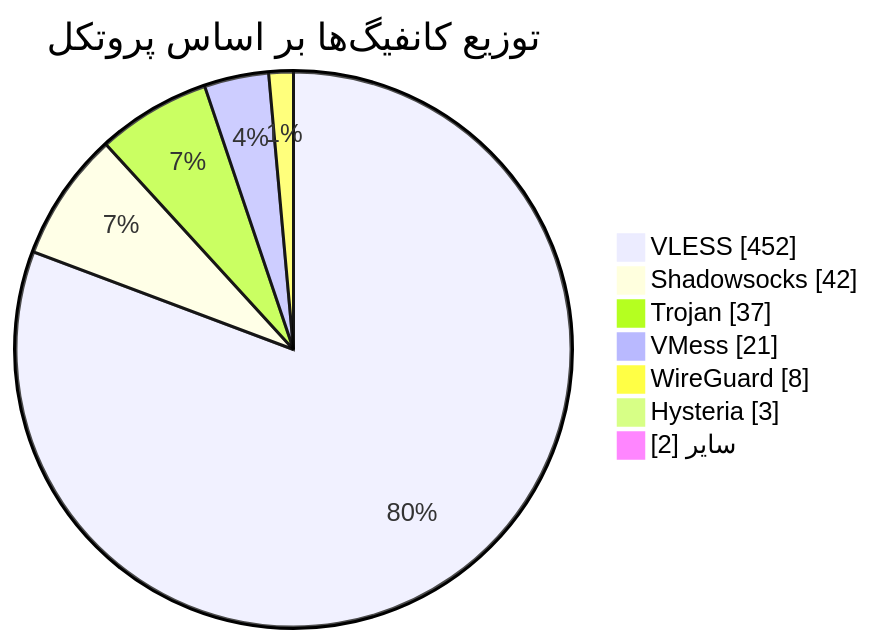
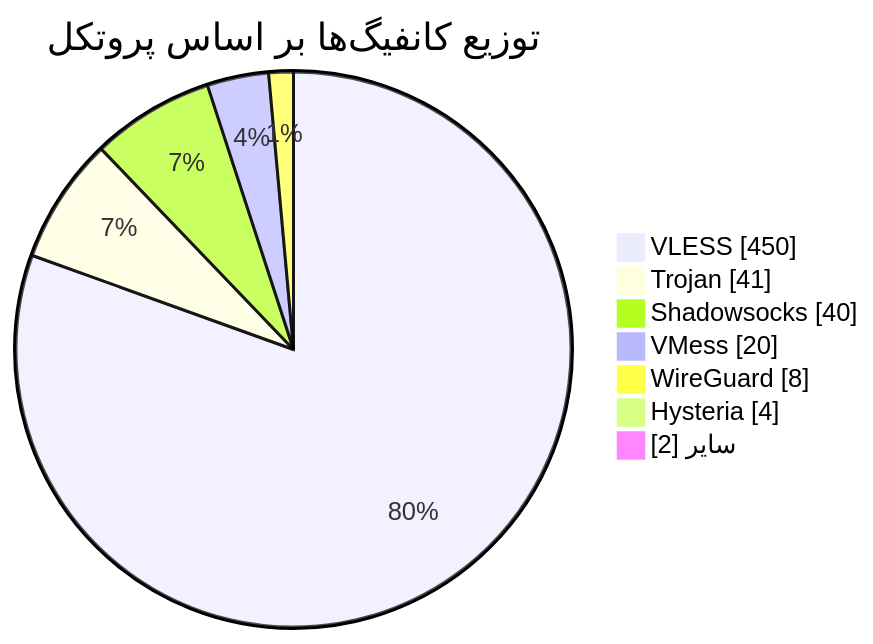
One commit to Arian-Alijani/Somthing changed the diagram in README.md. Above: the diagram before and after it, drawn with Mermaid. The commit also changed other lines of this file and 81 other files, not shown here.

````diff
--- a/README.md
+++ b/README.md
@@ -49,11 +49,11 @@
 ```mermaid
 pie showData
     title توزیع کانفیگ‌ها بر اساس پروتکل
-    "VLESS" : 452
-    "Shadowsocks" : 42
-    "Trojan" : 37
-    "VMess" : 21
+    "VLESS" : 450
+    "Trojan" : 41
+    "Shadowsocks" : 40
+    "VMess" : 20
     "WireGuard" : 8
-    "Hysteria" : 3
+    "Hysteria" : 4
     "سایر" : 2
 ```
````
